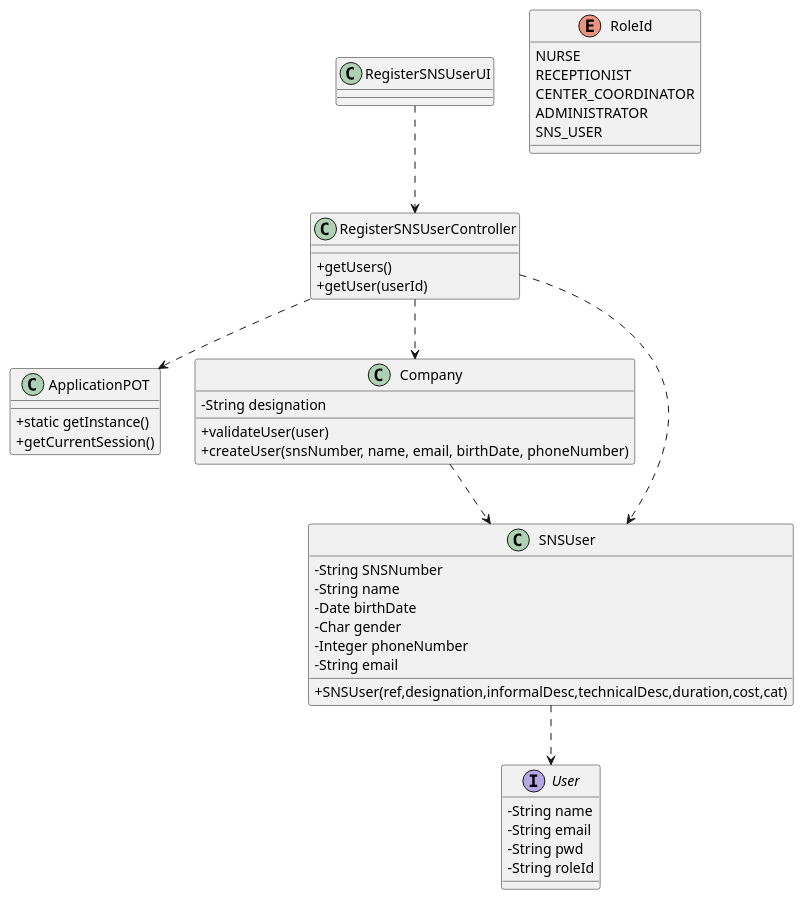
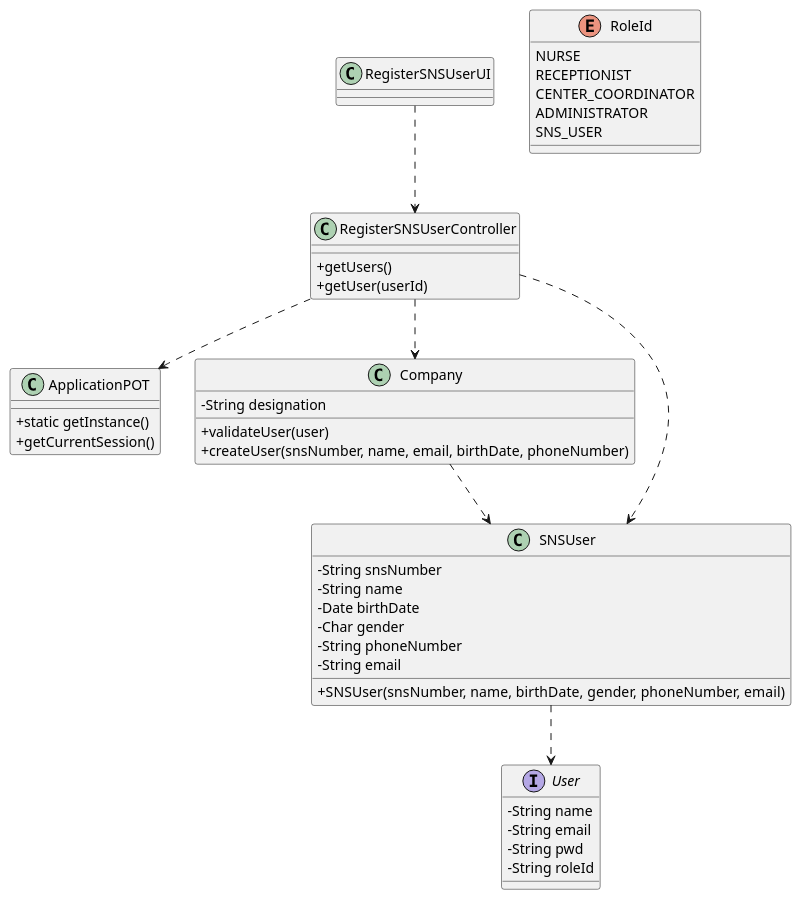
Before and after one commit to miseEnPlace-i/lapr2: the diagram in docs/SprintB/US03/CD/US03_CD.puml, drawn with PlantUML. The commit also changed 3 other files, not shown here.

Commit message:
docs(US03): update CD & D; export diagrams

```diff
--- a/docs/SprintB/US03/CD/US03_CD.puml
+++ b/docs/SprintB/US03/CD/US03_CD.puml
@@ -1,62 +1,62 @@
 @startuml Class Diagram
 skinparam classAttributeIconSize 0
 
 class ApplicationPOT {
   + static getInstance()
   + getCurrentSession()
 }
 
 class Company {
   - String designation
   + validateUser(user)
   + createUser(snsNumber, name, email, birthDate, phoneNumber)
 }
 
 class RegisterSNSUserController {
   + getUsers()
   + getUser(userId)
 }
 
 class RegisterSNSUserUI { }
 
 class SNSUser {
-  - String SNSNumber
+  - String snsNumber
   - String name
   - Date birthDate
   - Char gender
-  - Integer phoneNumber
+  - String phoneNumber
   - String email
-  + SNSUser(ref,designation,informalDesc,technicalDesc,duration,cost,cat)
+  + SNSUser(snsNumber, name, birthDate, gender, phoneNumber, email)
 }
 
 interface User {
   - String name
   - String email
   - String pwd
   - String roleId
 }
 
 enum RoleId {
   NURSE
   RECEPTIONIST
   CENTER_COORDINATOR
   ADMINISTRATOR
   SNS_USER
 }
 
 ' class UserSession {
 '   + getUserEmail()
 ' }
 
 Company ..> SNSUser
 
 RegisterSNSUserController ..> ApplicationPOT
 RegisterSNSUserController ..> Company
 RegisterSNSUserController ..> SNSUser
 ' RegisterSNSUserController ..> UserSession
 
 RegisterSNSUserUI ..> RegisterSNSUserController
 
 SNSUser ..> User
 
 @enduml
```
